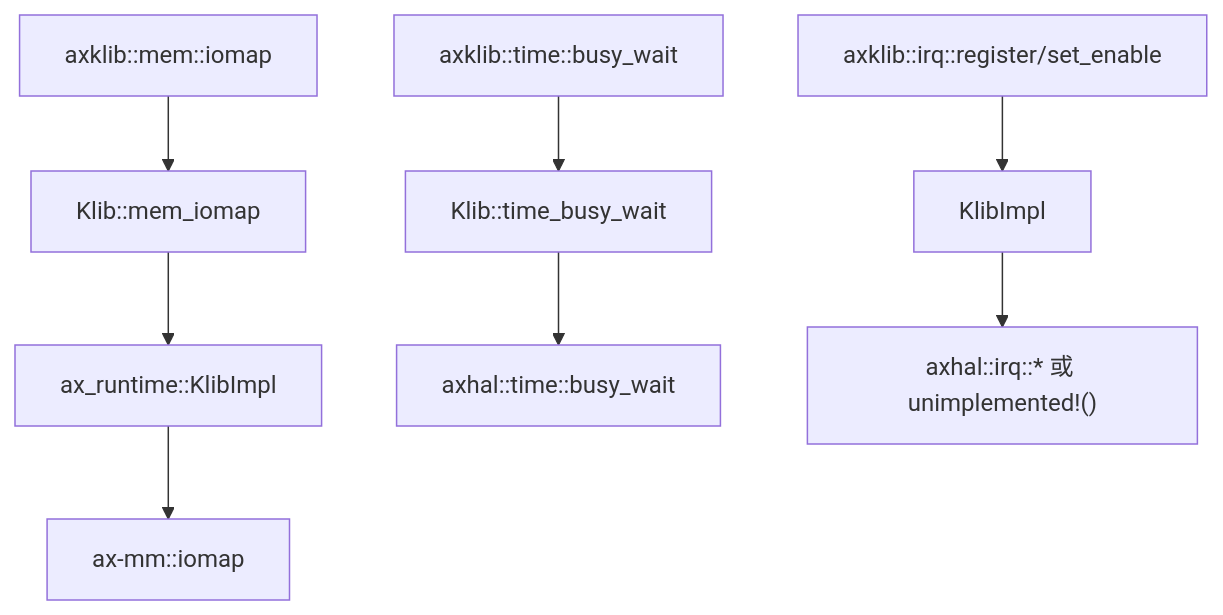
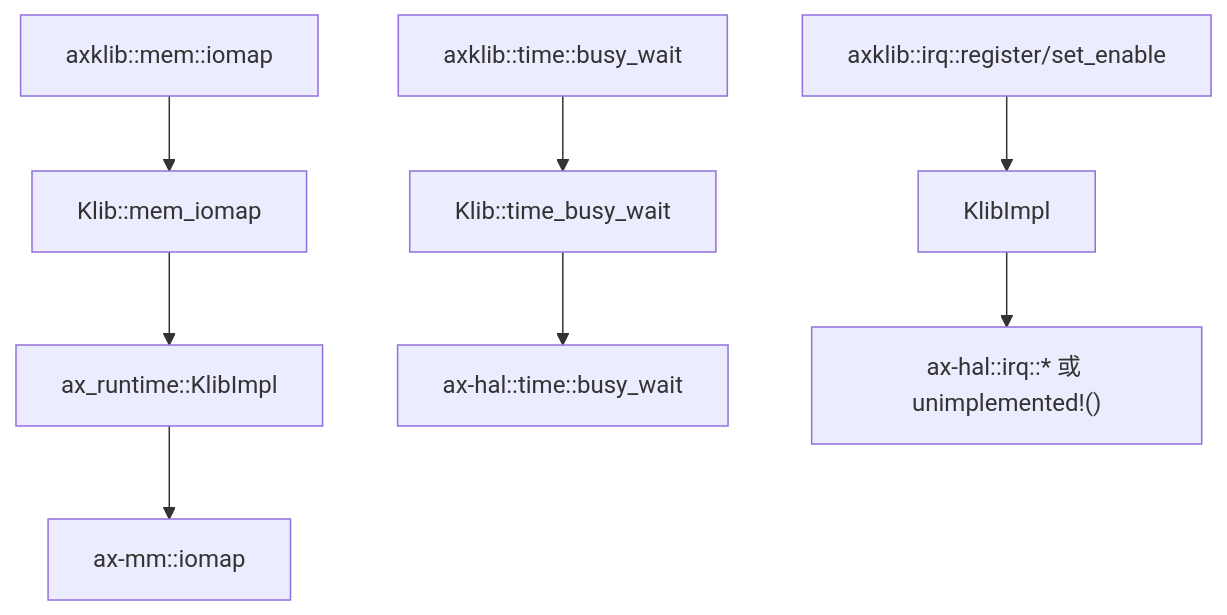
The first of 2 diagrams in docs/crates/axklib.md (yfblock/tgoskits), drawn with Mermaid before and after one commit. The commit also changed other lines of this file and 158 other files, not shown here.

Commit message:
rename axhal to ax-hal

````diff
--- a/docs/crates/axklib.md
+++ b/docs/crates/axklib.md
@@ -49,12 +49,12 @@
 ```mermaid
 flowchart TD
     A["axklib::mem::iomap"] --> B["Klib::mem_iomap"]
     B --> C["ax_runtime::KlibImpl"]
     C --> D["ax-mm::iomap"]
 
     E["axklib::time::busy_wait"] --> F["Klib::time_busy_wait"]
-    F --> G["axhal::time::busy_wait"]
+    F --> G["ax-hal::time::busy_wait"]
 
     H["axklib::irq::register/set_enable"] --> I["KlibImpl"]
-    I --> J["axhal::irq::* 或 unimplemented!()"]
+    I --> J["ax-hal::irq::* 或 unimplemented!()"]
 ```
````
